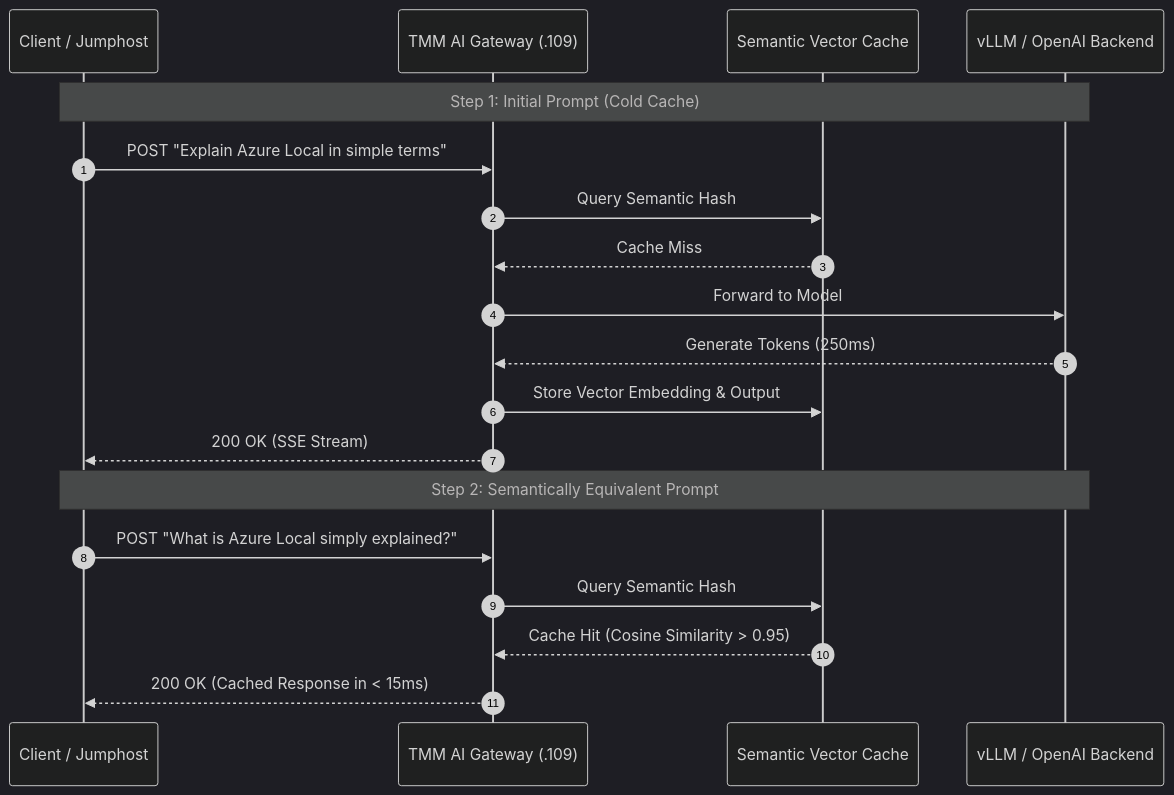
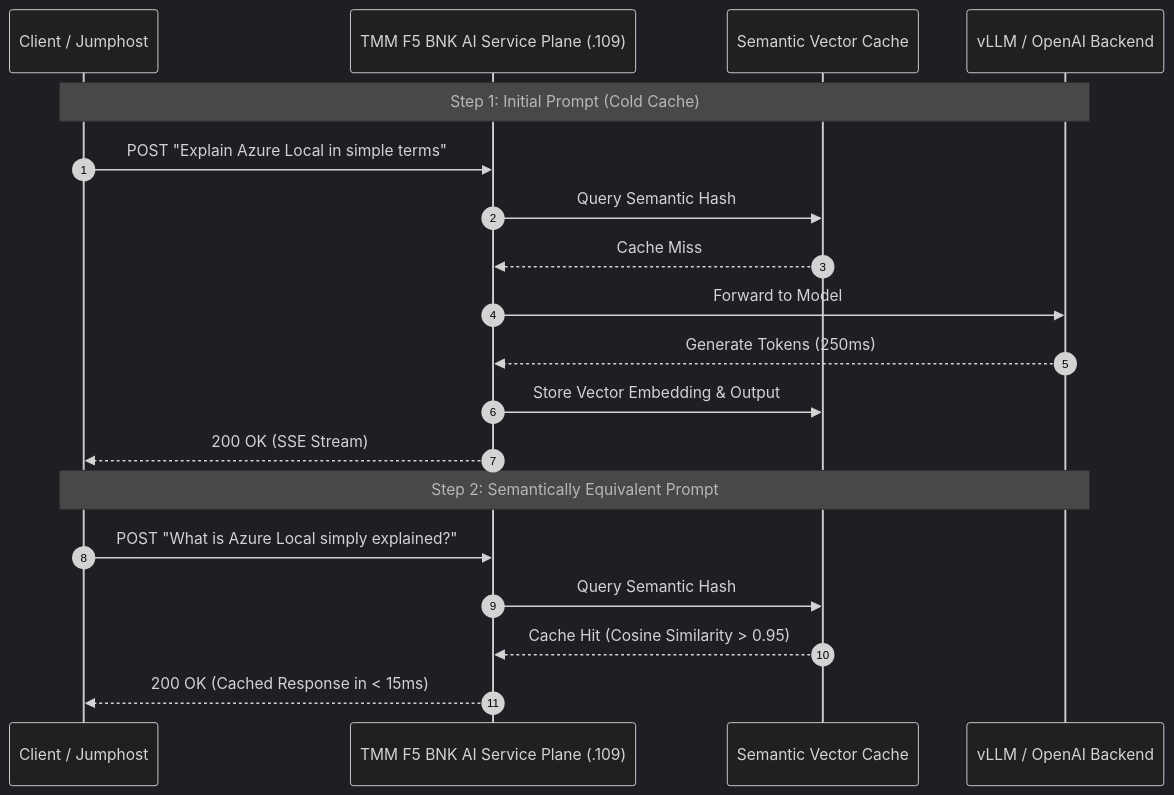
Diagram 12 of 20 in docs/SCENARIOS.md (JLCode-tech/azrbnkctl), drawn with Mermaid (dark theme) before and after one commit. The commit also changed other lines of this file and 11 other files, not shown here.

Commit message:
docs: standardize on F5 BNK AI Service Plane and CloudDocs links

````diff
--- a/docs/SCENARIOS.md
+++ b/docs/SCENARIOS.md
@@ -383,23 +383,23 @@
 ```mermaid
 sequenceDiagram
     autonumber
     participant Client as Client / Jumphost
-    participant TMM as TMM AI Gateway (.109)
+    participant TMM as TMM F5 BNK AI Service Plane (.109)
     participant Cache as Semantic Vector Cache
     participant LLM as vLLM / OpenAI Backend
 
     Note over Client,LLM: Step 1: Initial Prompt (Cold Cache)
     Client->>TMM: POST "Explain Azure Local in simple terms"
     TMM->>Cache: Query Semantic Hash
     Cache-->>TMM: Cache Miss
     TMM->>LLM: Forward to Model
     LLM-->>TMM: Generate Tokens (250ms)
     TMM->>Cache: Store Vector Embedding & Output
     TMM-->>Client: 200 OK (SSE Stream)
 
     Note over Client,LLM: Step 2: Semantically Equivalent Prompt
     Client->>TMM: POST "What is Azure Local simply explained?"
     TMM->>Cache: Query Semantic Hash
     Cache-->>TMM: Cache Hit (Cosine Similarity > 0.95)
     TMM-->>Client: 200 OK (Cached Response in < 15ms)
 ```
````
